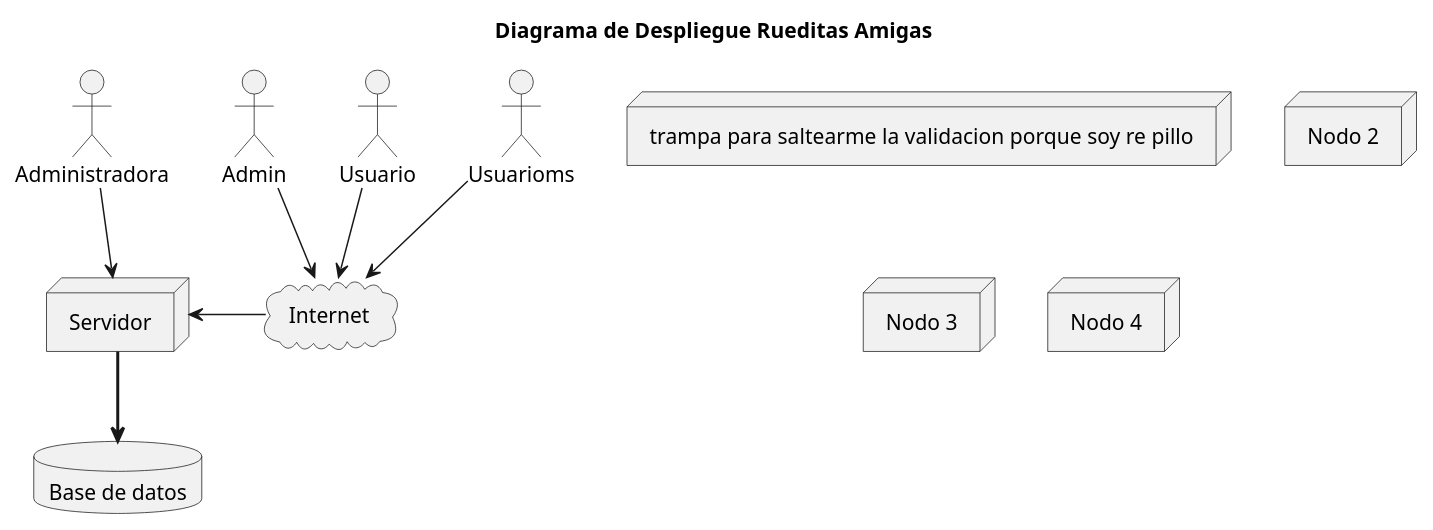
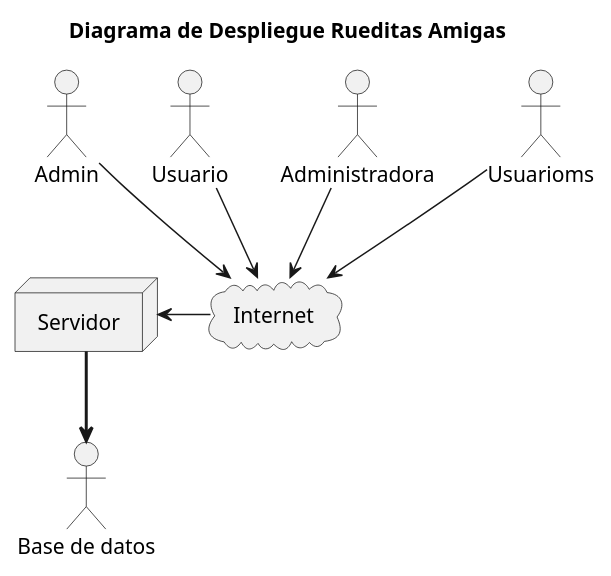
The diagram in diagrams/DiagramaDeDespliegue.puml (lrizzitano/RueditasAmigasDespliegue), drawn with PlantUML before and after one commit.

Commit message:
pruebo sin DB

```diff
--- a/diagrams/DiagramaDeDespliegue.puml
+++ b/diagrams/DiagramaDeDespliegue.puml
@@ -1,34 +1,27 @@
 @startuml DiagramaDeDespliegue
 'https://plantuml.com/deployment-diagram
 
 title Diagrama de Despliegue Rueditas Amigas
 
 
 actor "Admin"
 actor "Usuario"
 actor "Administradora"
 actor "Usuarioms"
 
 
 cloud "Internet"
 
 node "Servidor"
 
-node "trampa para saltearme la validacion porque soy re pillo"
-node "Nodo 2"
-node "Nodo 3"
-node "Nodo 4"
-
-
-database "Base de datos"
 
 "Usuario" --> "Internet"
 "Admin" --> "Internet"
 "Usuarioms" --> "Internet"
-"Administradora" --> "Servidor"
+"Administradora" --> "Internet"
 
 
 "Internet" -l-> "Servidor"
 
 "Servidor" -[bold]-> "Base de datos"
 @enduml
```
